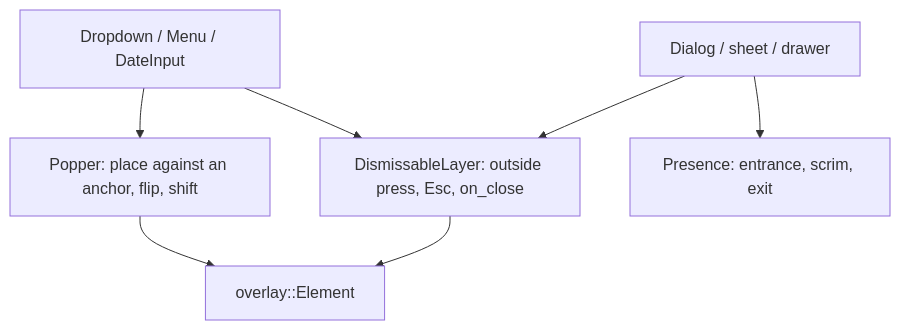
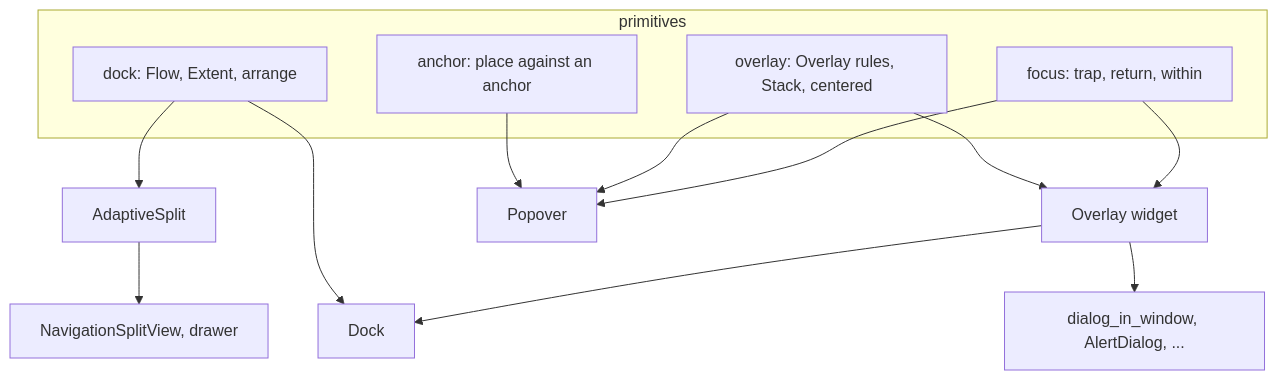
The second of 2 diagrams in docs/lib/primitives.md (VaZark/iced-libadwaita), drawn with Mermaid before and after one commit. The commit also changed other lines of this file and 394 other files, not shown here.

````diff
--- a/docs/lib/primitives.md
+++ b/docs/lib/primitives.md
@@ -44,9 +51,19 @@
 ```mermaid
 flowchart TD
-    Popover["Dropdown / Menu / DateInput"] --> Popper["Popper: place against an anchor, flip, shift"]
-    Popover --> Dismiss["DismissableLayer: outside press, Esc, on_close"]
-    Sheet["Dialog / sheet / drawer"] --> Dismiss
-    Sheet --> Presence["Presence: entrance, scrim, exit"]
-    Popper --> Overlay["overlay::Element"]
-    Dismiss --> Overlay
+    subgraph primitives
+        O["overlay: Overlay rules, Stack, centered"]
+        D["dock: Flow, Extent, arrange"]
+        F["focus: trap, return, within"]
+        A["anchor: place against an anchor"]
+    end
+    O --> Overlay["Overlay widget"]
+    F --> Overlay
+    D --> Split["AdaptiveSplit"]
+    D --> Dock
+    Overlay --> Dock
+    Overlay --> Dialogs["dialog_in_window, AlertDialog, ..."]
+    A --> Popover
+    O --> Popover
+    F --> Popover
+    Split --> Nav["NavigationSplitView, drawer"]
 ```
````
